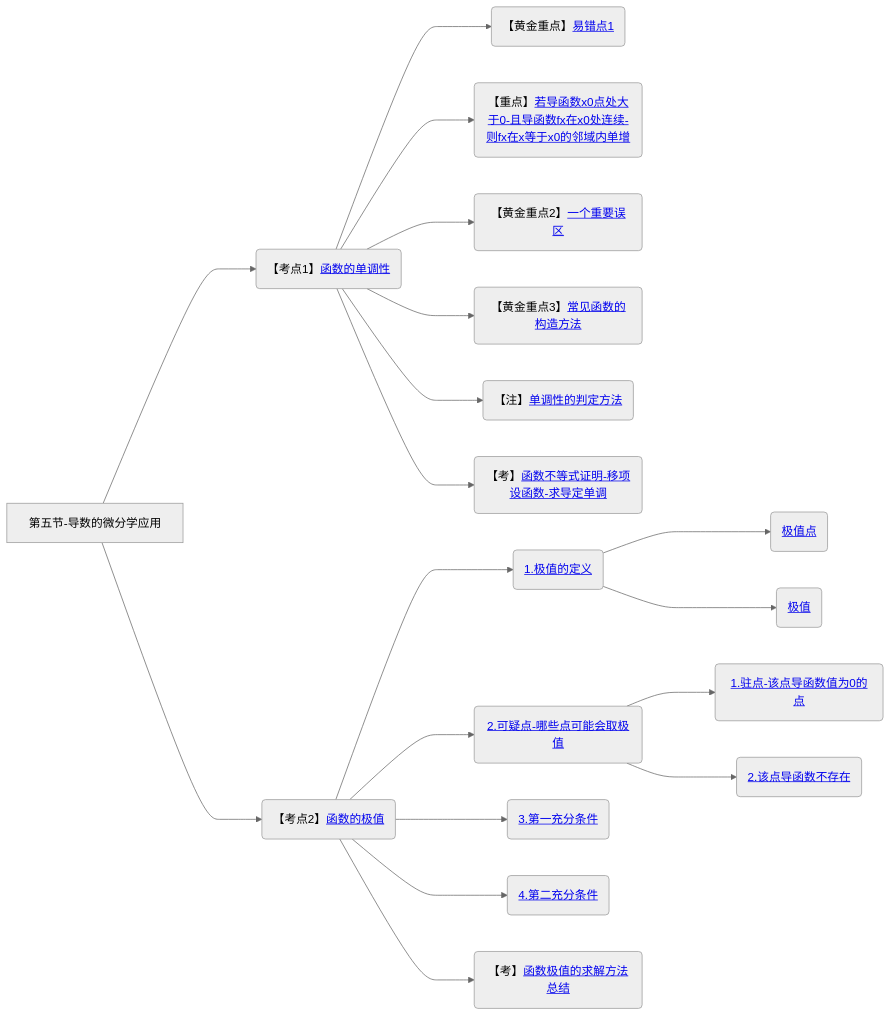
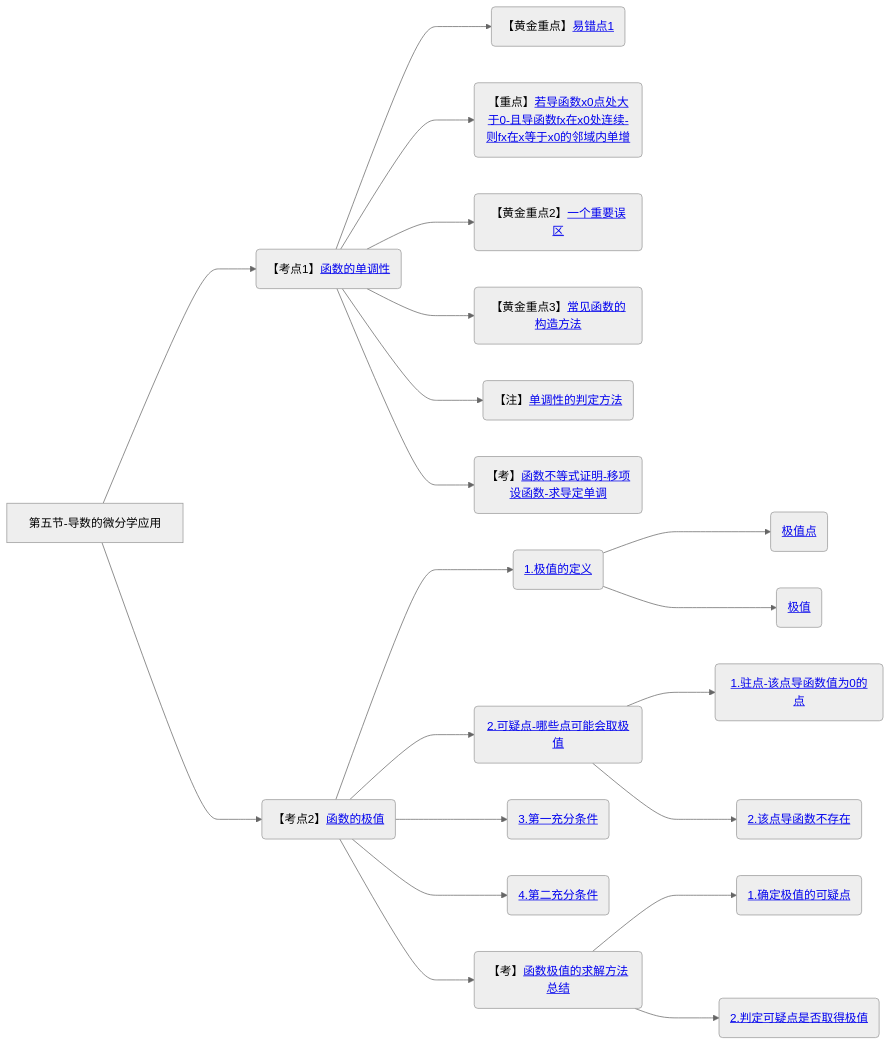
One commit to yuebinghui/note changed diagram 15 of 15 in 笔记/数学/周洋鑫/01.基础班思维导图.md. Above: the diagram before and after it, drawn with Mermaid (neutral theme). The commit also changed 12 other files, not shown here.

````diff
--- a/笔记/数学/周洋鑫/01.基础班思维导图.md
+++ b/笔记/数学/周洋鑫/01.基础班思维导图.md
@@ -530,23 +530,25 @@
 ```mermaid
 graph LR
 第五节-导数的微分学应用
 
 第五节-导数的微分学应用--->函数的单调性(【考点1】<a href="/Users/yuebinghui/Documents/program/github/note/笔记/数学/周洋鑫/基础班/15.导数的微分学应用_1.md#函数的单调性">函数的单调性</>)
 函数的单调性--->易错点1(【黄金重点】<a href="/Users/yuebinghui/Documents/program/github/note/笔记/数学/周洋鑫/基础班/15.导数的微分学应用_1.md#易错点1">易错点1</>)
 函数的单调性--->若导函数x0点处大于0-且导函数fx在x0处连续-则fx在x等于x0的邻域内单增(【重点】<a href="/Users/yuebinghui/Documents/program/github/note/笔记/数学/周洋鑫/基础班/15.导数的微分学应用_1.md#若导函数x0点处大于0-且导函数fx在x0处连续-则fx在x等于x0的邻域内单增">若导函数x0点处大于0-且导函数fx在x0处连续-则fx在x等于x0的邻域内单增</>)
 函数的单调性--->一个重要误区(【黄金重点2】<a href="/Users/yuebinghui/Documents/program/github/note/笔记/数学/周洋鑫/基础班/15.导数的微分学应用_1.md#一个重要误区">一个重要误区</>)
 函数的单调性--->常见函数的构造方法(【黄金重点3】<a href="/Users/yuebinghui/Documents/program/github/note/笔记/数学/周洋鑫/基础班/15.导数的微分学应用_1.md#常见函数的构造方法">常见函数的构造方法</>)
 函数的单调性--->单调性的判定方法(【注】<a href="/Users/yuebinghui/Documents/program/github/note/笔记/数学/周洋鑫/基础班/15.导数的微分学应用_1.md#单调性的判定方法">单调性的判定方法</>)
 函数的单调性--->函数不等式证明-移项设函数-求导定单调(【考】<a href="/Users/yuebinghui/Documents/program/github/note/笔记/数学/周洋鑫/基础班/15.导数的微分学应用_1.md#函数不等式证明-移项设函数-求导定单调">函数不等式证明-移项设函数-求导定单调</>)
 
 第五节-导数的微分学应用--->函数的极值(【考点2】<a href="/Users/yuebinghui/Documents/program/github/note/笔记/数学/周洋鑫/基础班/16.导数的微分学应用_2.md#函数的极值">函数的极值</>)
 函数的极值--->1.极值的定义(<a href="/Users/yuebinghui/Documents/program/github/note/笔记/数学/周洋鑫/基础班/16.导数的微分学应用_2.md#1.极值的定义">1.极值的定义</>)
 1.极值的定义--->极值点(<a href="/Users/yuebinghui/Documents/program/github/note/笔记/数学/周洋鑫/基础班/16.导数的微分学应用_2.md#极值点">极值点</>)
 1.极值的定义--->极值(<a href="/Users/yuebinghui/Documents/program/github/note/笔记/数学/周洋鑫/基础班/16.导数的微分学应用_2.md#极值">极值</>)
 函数的极值--->2.可疑点-哪些点可能会取极值(<a href="/Users/yuebinghui/Documents/program/github/note/笔记/数学/周洋鑫/基础班/16.导数的微分学应用_2.md#2.可疑点-哪些点可能会取极值">2.可疑点-哪些点可能会取极值</>)
 2.可疑点-哪些点可能会取极值--->1.驻点-该点导函数值为0的点(<a href="/Users/yuebinghui/Documents/program/github/note/笔记/数学/周洋鑫/基础班/16.导数的微分学应用_2.md#1.驻点-该点导函数值为0的点">1.驻点-该点导函数值为0的点</>)
 2.可疑点-哪些点可能会取极值--->2.该点导函数不存在(<a href="/Users/yuebinghui/Documents/program/github/note/笔记/数学/周洋鑫/基础班/16.导数的微分学应用_2.md#2.该点导函数不存在">2.该点导函数不存在</>)
 函数的极值--->3.第一充分条件(<a href="/Users/yuebinghui/Documents/program/github/note/笔记/数学/周洋鑫/基础班/16.导数的微分学应用_2.md#3.第一充分条件">3.第一充分条件</>)
 函数的极值--->4.第二充分条件(<a href="/Users/yuebinghui/Documents/program/github/note/笔记/数学/周洋鑫/基础班/16.导数的微分学应用_2.md#4.第二充分条件">4.第二充分条件</>)
 函数的极值--->函数极值的求解方法总结(【考】<a href="/Users/yuebinghui/Documents/program/github/note/笔记/数学/周洋鑫/基础班/16.导数的微分学应用_2.md#函数极值的求解方法总结">函数极值的求解方法总结</>)
+函数极值的求解方法总结--->1.确定极值的可疑点(<a href="/Users/yuebinghui/Documents/program/github/note/笔记/数学/周洋鑫/基础班/16.导数的微分学应用_2.md#1.确定极值的可疑点">1.确定极值的可疑点</>)
+函数极值的求解方法总结--->2.判定可疑点是否取得极值(<a href="/Users/yuebinghui/Documents/program/github/note/笔记/数学/周洋鑫/基础班/16.导数的微分学应用_2.md#2.判定可疑点是否取得极值">2.判定可疑点是否取得极值</>)
 ```
````
